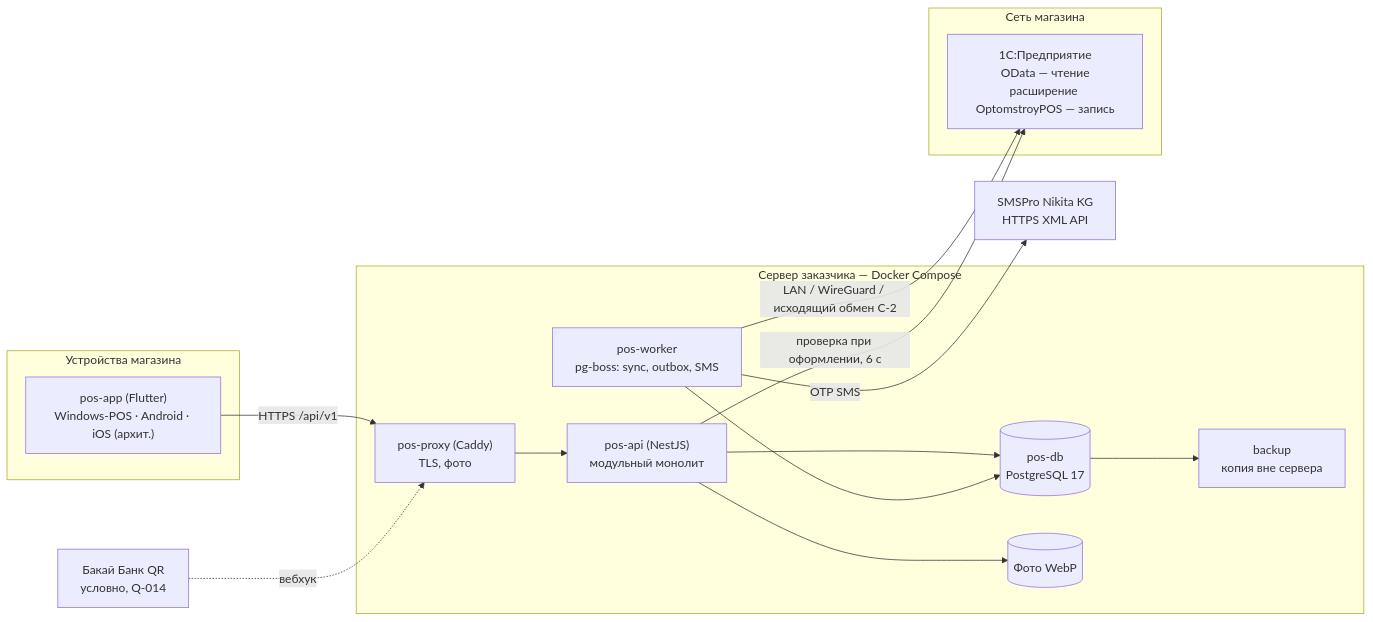
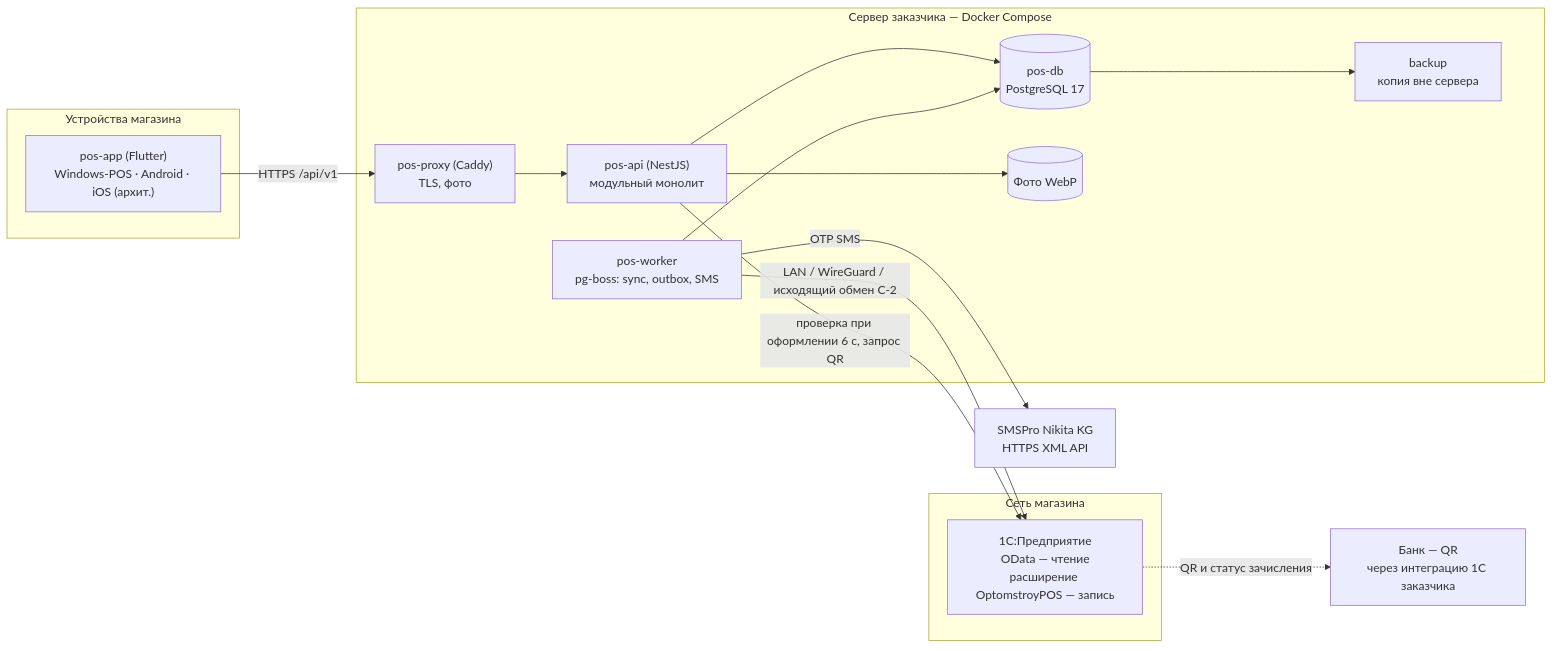
Before and after one commit to adhamjon100/optomstroy: the first of 3 diagrams in docs/specification/00_EXECUTIVE_SUMMARY.md, drawn with Mermaid. The commit also changed other lines of this file and 2687 other files, not shown here.

````diff
--- a/docs/specification/00_EXECUTIVE_SUMMARY.md
+++ b/docs/specification/00_EXECUTIVE_SUMMARY.md
@@ -254,28 +270,28 @@
 ```mermaid
 flowchart LR
   subgraph Devices["Устройства магазина"]
     A["pos-app (Flutter)<br/>Windows-POS · Android · iOS (архит.)"]
   end
   subgraph Server["Сервер заказчика — Docker Compose"]
     C["pos-proxy (Caddy)<br/>TLS, фото"]
     B["pos-api (NestJS)<br/>модульный монолит"]
     W["pos-worker<br/>pg-boss: sync, outbox, SMS"]
     P[("pos-db<br/>PostgreSQL 17")]
     F[("Фото WebP")]
     K["backup<br/>копия вне сервера"]
   end
   subgraph Shop["Сеть магазина"]
     O["1С:Предприятие<br/>OData — чтение<br/>расширение OptomstroyPOS — запись"]
   end
   S["SMSPro Nikita KG<br/>HTTPS XML API"]
-  Q["Бакай Банк QR<br/>условно, Q-014"]
+  Q["Банк — QR<br/>через интеграцию 1С заказчика"]
   A -- "HTTPS /api/v1" --> C --> B
   B --> P
   B --> F
   W --> P
   P --> K
   W -- "LAN / WireGuard / исходящий обмен C-2" --> O
-  B -- "проверка при оформлении, 6 с" --> O
+  B -- "проверка при оформлении 6 с, запрос QR" --> O
   W -- "OTP SMS" --> S
-  Q -. "вебхук" .-> C
+  O -. "QR и статус зачисления" .-> Q
 ```
````
